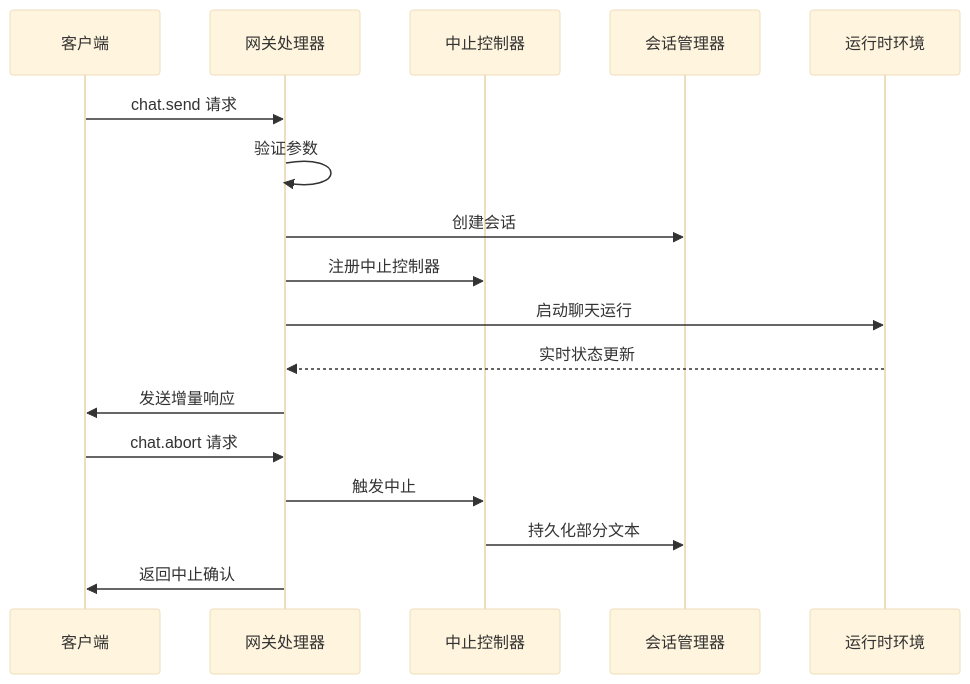
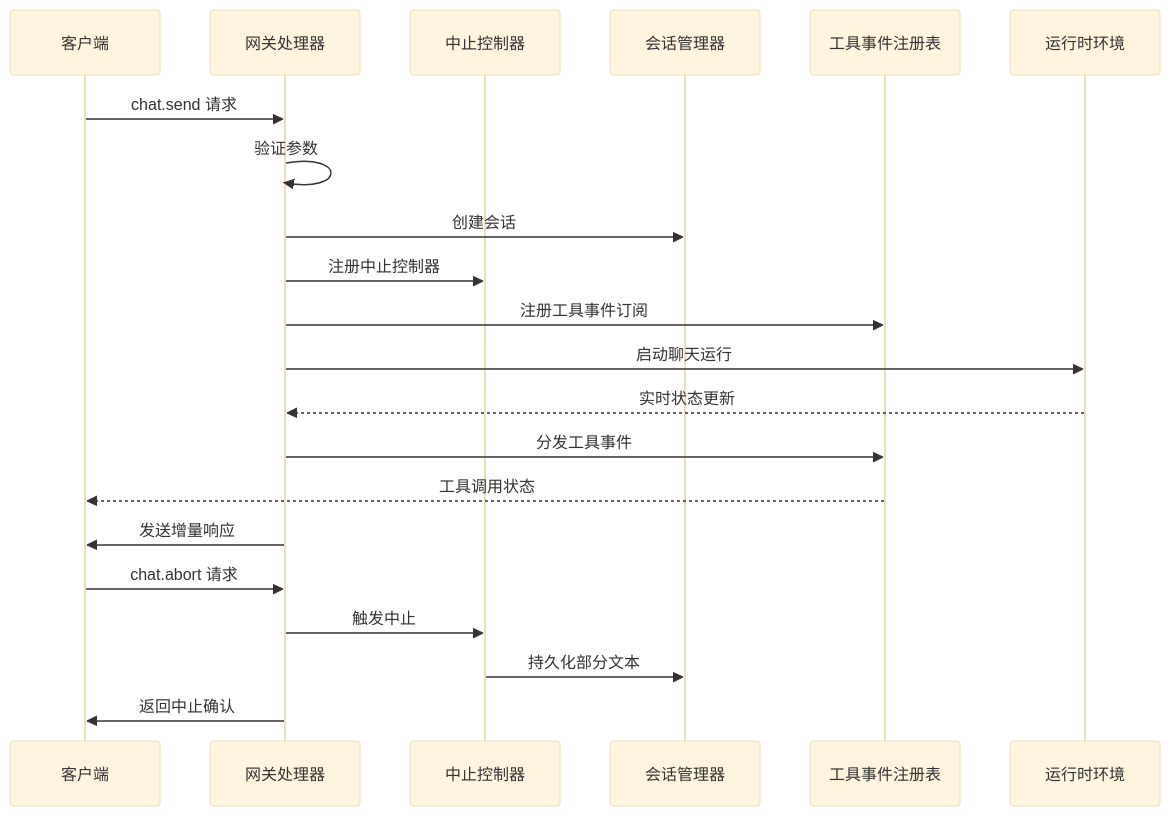
The second of 15 diagrams in .qoder/repowiki/zh/content/Web界面/WebChat界面/聊天运行时提供者增强.md (verse-ai-org/openclaw), drawn with Mermaid (base theme) before and after one commit. The commit also changed other lines of this file and 23 other files, not shown here.

````diff
--- a/.qoder/repowiki/zh/content/Web界面/WebChat界面/聊天运行时提供者增强.md
+++ b/.qoder/repowiki/zh/content/Web界面/WebChat界面/聊天运行时提供者增强.md
@@ -121,19 +156,23 @@
 ```mermaid
 sequenceDiagram
 participant Client as 客户端
 participant Gateway as 网关处理器
 participant AbortCtrl as 中止控制器
 participant SessionMgr as 会话管理器
+participant ToolRegistry as 工具事件注册表
 participant Runtime as 运行时环境
 Client->>Gateway : chat.send 请求
 Gateway->>Gateway : 验证参数
 Gateway->>SessionMgr : 创建会话
 Gateway->>AbortCtrl : 注册中止控制器
+Gateway->>ToolRegistry : 注册工具事件订阅
 Gateway->>Runtime : 启动聊天运行
 Runtime-->>Gateway : 实时状态更新
+Gateway->>ToolRegistry : 分发工具事件
+ToolRegistry-->>Client : 工具调用状态
 Gateway->>Client : 发送增量响应
 Client->>Gateway : chat.abort 请求
 Gateway->>AbortCtrl : 触发中止
 AbortCtrl->>SessionMgr : 持久化部分文本
 Gateway->>Client : 返回中止确认
 ```
````
